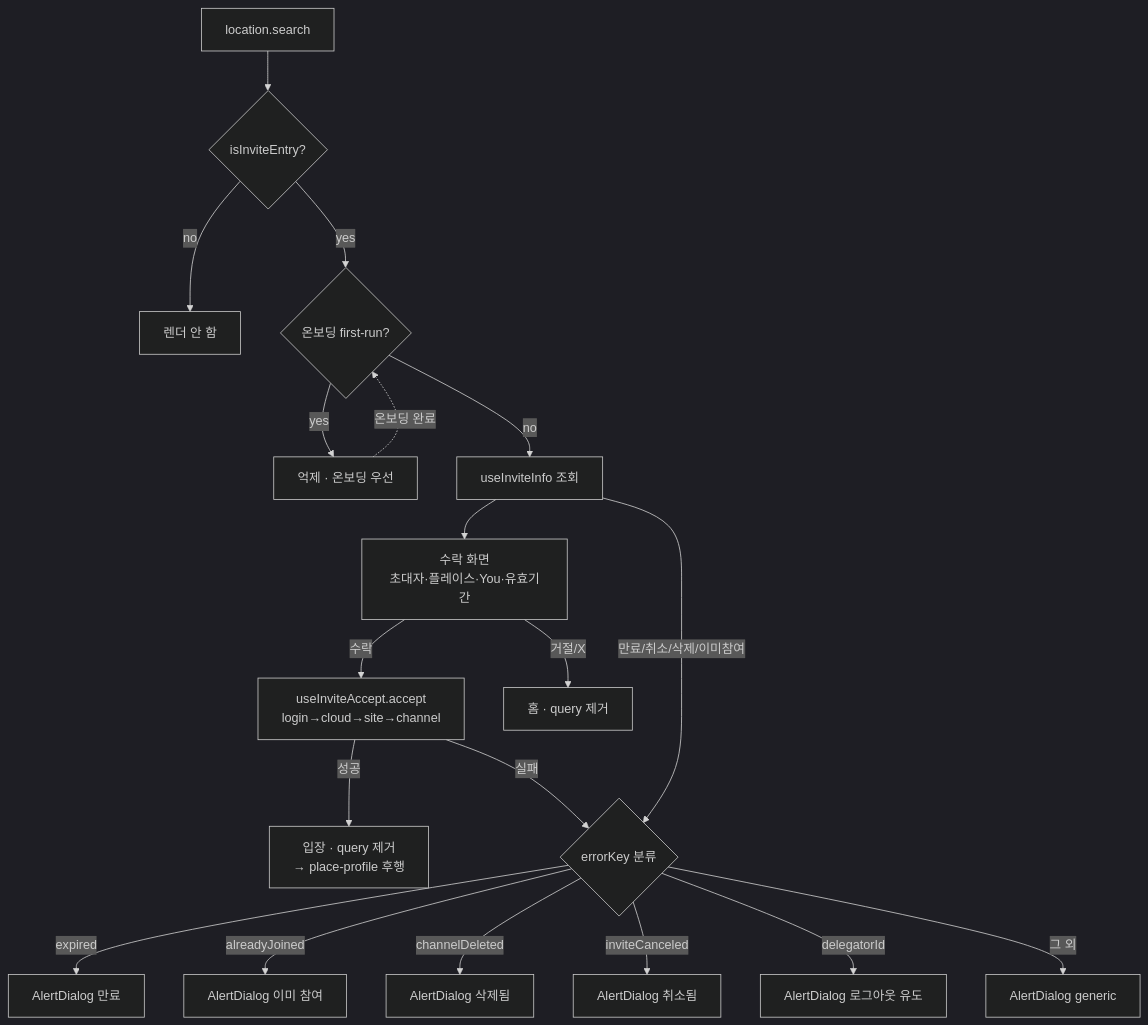
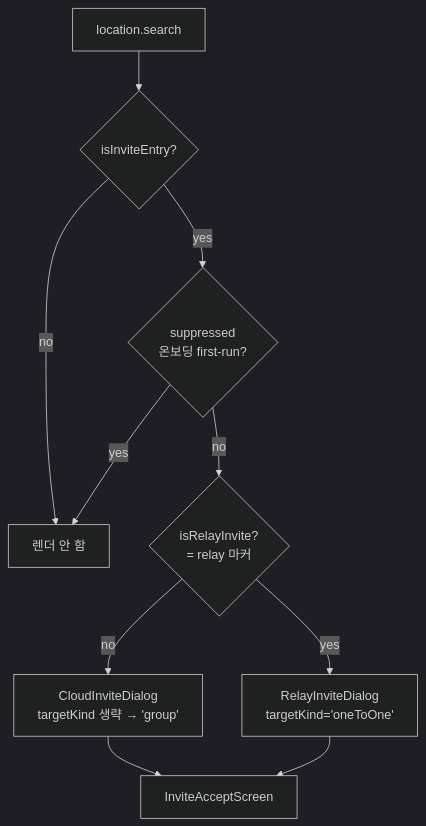
The first of 4 diagrams in apps/web/docs/feature/home/invite-accept.md (lemoncloud-io/dou-app), drawn with Mermaid (dark theme) before and after one commit. The commit also changed other lines of this file and 2 other files, not shown here.

First line of the commit message:
docs(adr): record the group and 1:1 invite accept variants

````diff
--- a/apps/web/docs/feature/home/invite-accept.md
+++ b/apps/web/docs/feature/home/invite-accept.md
@@ -50,21 +131,12 @@
 ```mermaid
 flowchart TD
     URL[location.search] --> P{isInviteEntry?}
     P -- no --> NULL[렌더 안 함]
-    P -- yes --> FR{온보딩 first-run?}
-    FR -- yes --> SUP[억제 · 온보딩 우선]
-    SUP -. 온보딩 완료 .-> FR
-    FR -- no --> LOAD[useInviteInfo 조회]
-    LOAD --> ACC[수락 화면<br/>초대자·플레이스·You·유효기간]
-    ACC -->|수락| PIPE[useInviteAccept.accept<br/>login→cloud→site→channel]
-    ACC -->|거절/X| HOME[홈 · query 제거]
-    PIPE -->|성공| HOME2[입장 · query 제거<br/>→ place-profile 후행]
-    PIPE -->|실패| ERR{errorKey 분류}
-    LOAD -->|만료/취소/삭제/이미참여| ERR
-    ERR -->|expired| D1[AlertDialog 만료]
-    ERR -->|alreadyJoined| D2[AlertDialog 이미 참여]
-    ERR -->|channelDeleted| D3[AlertDialog 삭제됨]
-    ERR -->|inviteCanceled| D4[AlertDialog 취소됨]
-    ERR -->|delegatorId| D5[AlertDialog 로그아웃 유도]
-    ERR -->|그 외| DG[AlertDialog generic]
+    P -- yes --> FR{suppressed<br/>온보딩 first-run?}
+    FR -- yes --> NULL
+    FR -- no --> RE{isRelayInvite?<br/>= relay 마커}
+    RE -- no --> CLOUD["CloudInviteDialog<br/>targetKind 생략 → 'group'"]
+    RE -- yes --> RELAY["RelayInviteDialog<br/>targetKind='oneToOne'"]
+    CLOUD --> SCREEN[InviteAcceptScreen]
+    RELAY --> SCREEN
 ```
````
